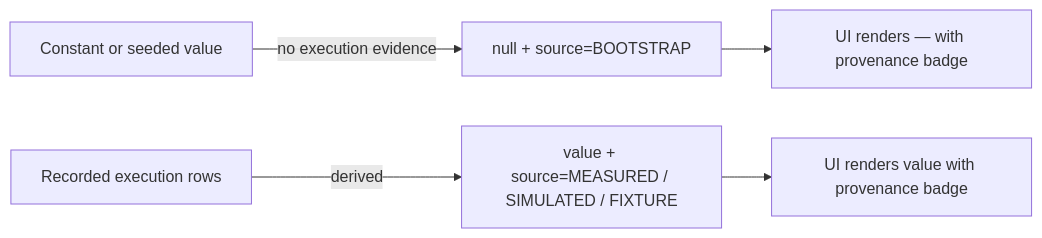
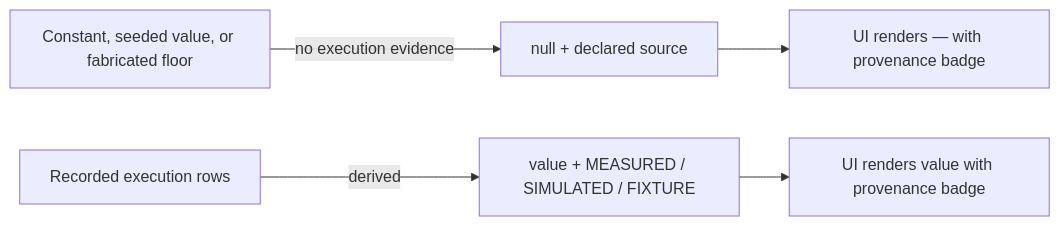
Before and after one commit to hcross/robotrader: the diagram in openspec/changes/fix-fabricated-metrics/proposal.md, drawn with Mermaid. The commit also changed other lines of this file and 2 other files, not shown here.

Commit message:
fix(fix-fabricated-metrics): address SPEC-R1

````diff
--- a/openspec/changes/fix-fabricated-metrics/proposal.md
+++ b/openspec/changes/fix-fabricated-metrics/proposal.md
@@ -12,7 +12,7 @@
 ```mermaid
 flowchart LR
-  A["Constant or seeded value"] -->|"no execution evidence"| B["null + source=BOOTSTRAP"]
-  C["Recorded execution rows"] -->|"derived"| D["value + source=MEASURED / SIMULATED / FIXTURE"]
+  A["Constant, seeded value, or fabricated floor"] -->|"no execution evidence"| B["null + declared source"]
+  C["Recorded execution rows"] -->|"derived"| D["value + MEASURED / SIMULATED / FIXTURE"]
   B --> E["UI renders — with provenance badge"]
   D --> F["UI renders value with provenance badge"]
 ```
````
